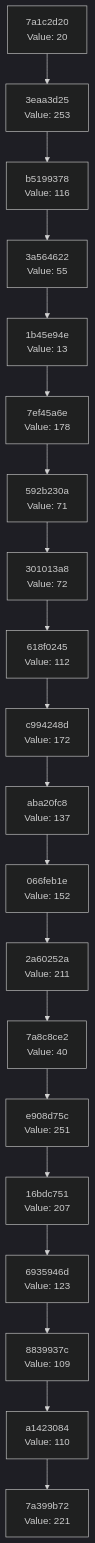
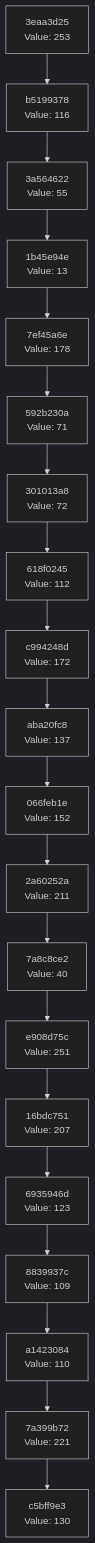
Before and after one commit to Abhisheksinha1506/hash-chain-evolver: the diagram in docs/CHAIN_VISUALIZATION.md, drawn with Mermaid (dark theme). The commit also changed 3 other files, not shown here.

````diff
--- a/docs/CHAIN_VISUALIZATION.md
+++ b/docs/CHAIN_VISUALIZATION.md
@@ -3,42 +3,42 @@
 ```mermaid
 graph TD
-    C0["7a399b72<br/>Value: 221"]
-    C1["a1423084<br/>Value: 110"]
+    C0["c5bff9e3<br/>Value: 130"]
+    C1["7a399b72<br/>Value: 221"]
     C1 --> C0
-    C2["8839937c<br/>Value: 109"]
+    C2["a1423084<br/>Value: 110"]
     C2 --> C1
-    C3["6935946d<br/>Value: 123"]
+    C3["8839937c<br/>Value: 109"]
     C3 --> C2
-    C4["16bdc751<br/>Value: 207"]
+    C4["6935946d<br/>Value: 123"]
     C4 --> C3
-    C5["e908d75c<br/>Value: 251"]
+    C5["16bdc751<br/>Value: 207"]
     C5 --> C4
-    C6["7a8c8ce2<br/>Value: 40"]
+    C6["e908d75c<br/>Value: 251"]
     C6 --> C5
-    C7["2a60252a<br/>Value: 211"]
+    C7["7a8c8ce2<br/>Value: 40"]
     C7 --> C6
-    C8["066feb1e<br/>Value: 152"]
+    C8["2a60252a<br/>Value: 211"]
     C8 --> C7
-    C9["aba20fc8<br/>Value: 137"]
+    C9["066feb1e<br/>Value: 152"]
     C9 --> C8
-    C10["c994248d<br/>Value: 172"]
+    C10["aba20fc8<br/>Value: 137"]
     C10 --> C9
-    C11["618f0245<br/>Value: 112"]
+    C11["c994248d<br/>Value: 172"]
     C11 --> C10
-    C12["301013a8<br/>Value: 72"]
+    C12["618f0245<br/>Value: 112"]
     C12 --> C11
-    C13["592b230a<br/>Value: 71"]
+    C13["301013a8<br/>Value: 72"]
     C13 --> C12
-    C14["7ef45a6e<br/>Value: 178"]
+    C14["592b230a<br/>Value: 71"]
     C14 --> C13
-    C15["1b45e94e<br/>Value: 13"]
+    C15["7ef45a6e<br/>Value: 178"]
     C15 --> C14
-    C16["3a564622<br/>Value: 55"]
+    C16["1b45e94e<br/>Value: 13"]
     C16 --> C15
-    C17["b5199378<br/>Value: 116"]
+    C17["3a564622<br/>Value: 55"]
     C17 --> C16
-    C18["3eaa3d25<br/>Value: 253"]
+    C18["b5199378<br/>Value: 116"]
     C18 --> C17
-    C19["7a1c2d20<br/>Value: 20"]
+    C19["3eaa3d25<br/>Value: 253"]
     C19 --> C18
 ```
````
